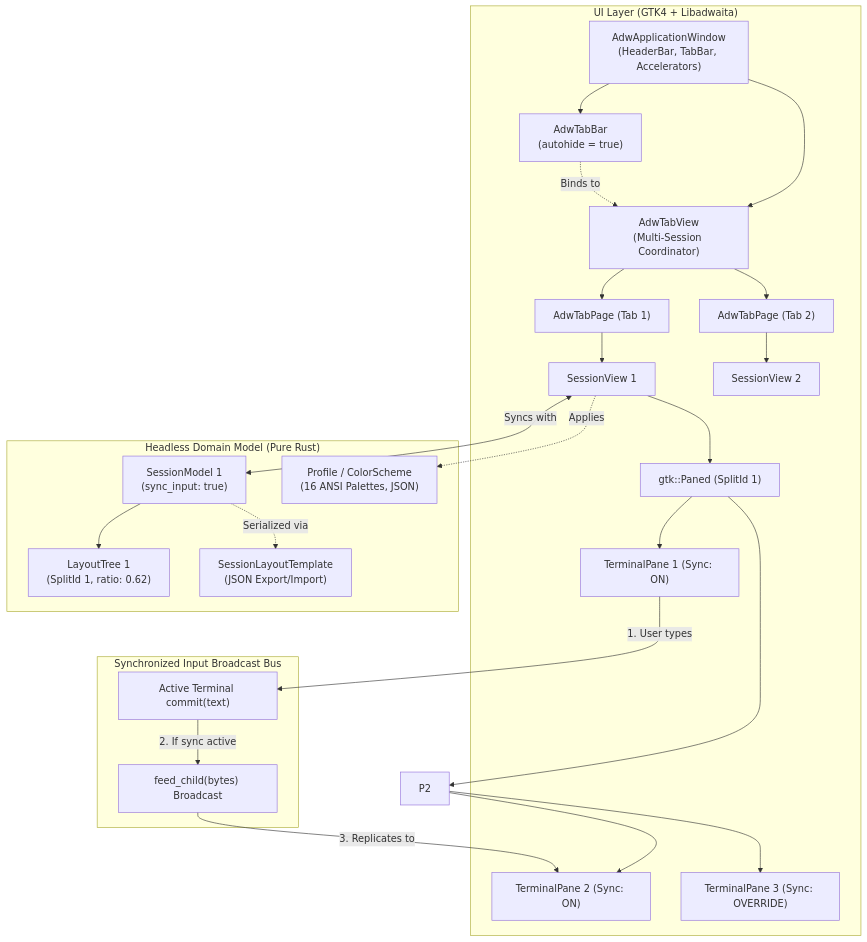
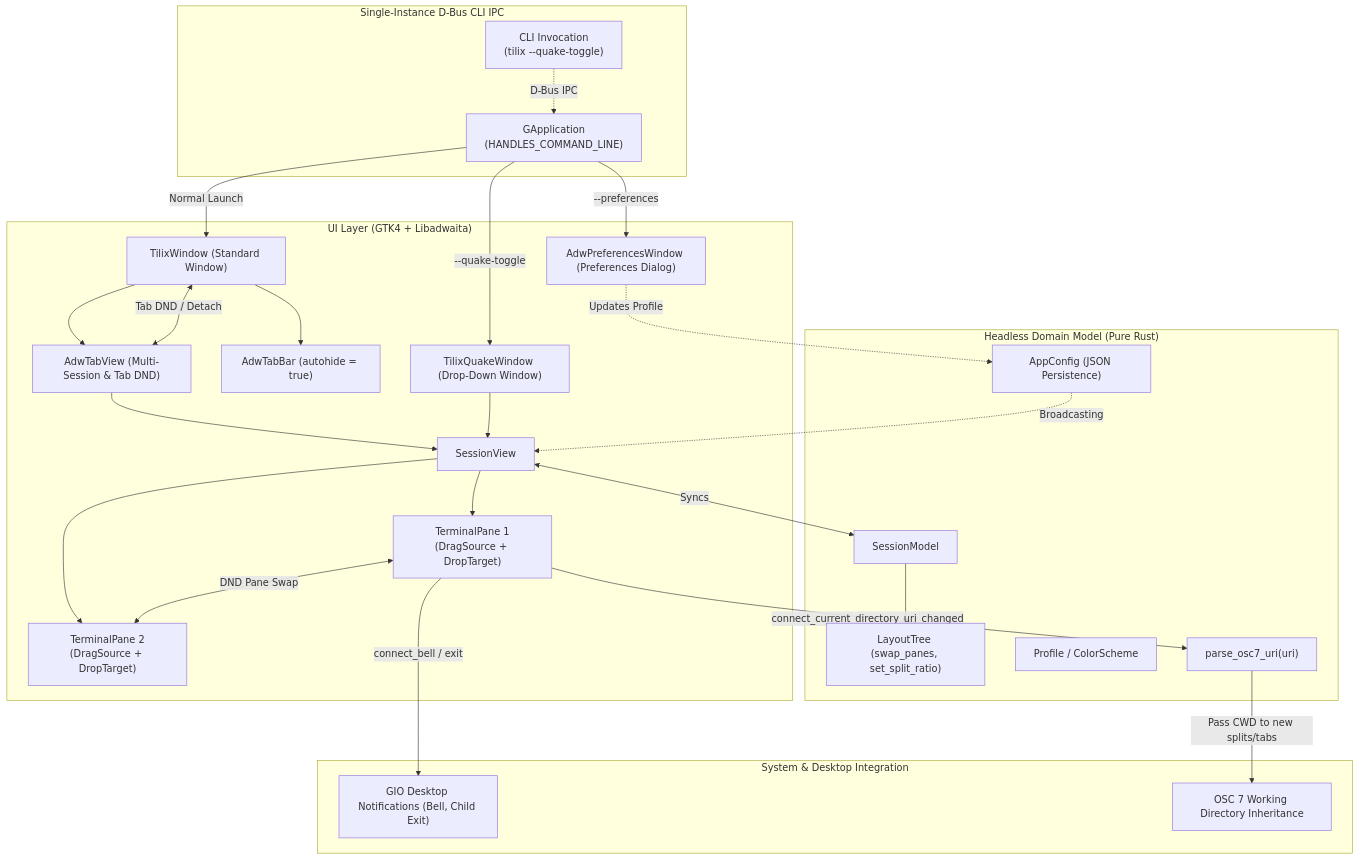
The diagram in docs/architecture/overview.md (tilix-rust/tilix), drawn with Mermaid before and after one commit. The commit also changed other lines of this file and 19 other files, not shown here.

Commit message:
feat: Phase 3 - Wayland Quake dropdown via D-Bus IPC, OSC 7 CWD inheritance, desktop notifications, DND pane swapping, and interactive preferences

````diff
--- a/docs/architecture/overview.md
+++ b/docs/architecture/overview.md
@@ -28,50 +28,53 @@
 ```mermaid
 flowchart TD
+    subgraph IPC_Layer ["Single-Instance D-Bus CLI IPC"]
+        CLI["CLI Invocation<br/>(tilix --quake-toggle)"]
+        GApp["GApplication<br/>(HANDLES_COMMAND_LINE)"]
+        CLI -.->|D-Bus IPC| GApp
+    end
+
     subgraph UI_Layer ["UI Layer (GTK4 + Libadwaita)"]
-        Win["AdwApplicationWindow<br/>(HeaderBar, TabBar, Accelerators)"]
-        TabBar["AdwTabBar<br/>(autohide = true)"]
-        TabView["AdwTabView<br/>(Multi-Session Coordinator)"]
-        Page1["AdwTabPage (Tab 1)"]
-        Page2["AdwTabPage (Tab 2)"]
-        SV1["SessionView 1"]
-        SV2["SessionView 2"]
-        P1["gtk::Paned (SplitId 1)"]
-        TP1["TerminalPane 1 (Sync: ON)"]
-        TP2["TerminalPane 2 (Sync: ON)"]
-        TP3["TerminalPane 3 (Sync: OVERRIDE)"]
+        Win["TilixWindow (Standard Window)"]
+        QuakeWin["TilixQuakeWindow (Drop-Down Window)"]
+        PrefWin["AdwPreferencesWindow (Preferences Dialog)"]
+        TabBar["AdwTabBar (autohide = true)"]
+        TabView["AdwTabView (Multi-Session & Tab DND)"]
+        SV1["SessionView"]
+        TP1["TerminalPane 1<br/>(DragSource + DropTarget)"]
+        TP2["TerminalPane 2<br/>(DragSource + DropTarget)"]
     end
 
     subgraph Domain_Model ["Headless Domain Model (Pure Rust)"]
-        SM1["SessionModel 1<br/>(sync_input: true)"]
-        LT1["LayoutTree 1<br/>(SplitId 1, ratio: 0.62)"]
-        Prof["Profile / ColorScheme<br/>(16 ANSI Palettes, JSON)"]
-        Tmpl["SessionLayoutTemplate<br/>(JSON Export/Import)"]
+        SM["SessionModel"]
+        LT["LayoutTree (swap_panes, set_split_ratio)"]
+        Cfg["AppConfig (JSON Persistence)"]
+        Prof["Profile / ColorScheme"]
+        OSC7["parse_osc7_uri(uri)"]
     end
 
-    subgraph Sync_Bus ["Synchronized Input Broadcast Bus"]
-        CommitHook["Active Terminal commit(text)"]
-        FeedEngine["feed_child(bytes) Broadcast"]
+    subgraph System_Integration ["System & Desktop Integration"]
+        GNotif["GIO Desktop Notifications (Bell, Child Exit)"]
+        CWD["OSC 7 Working Directory Inheritance"]
     end
 
+    GApp -->|Normal Launch| Win
+    GApp -->|--quake-toggle| QuakeWin
+    GApp -->|--preferences| PrefWin
     Win --> TabBar
     Win --> TabView
-    TabBar -.->|Binds to| TabView
-    TabView --> Page1
-    TabView --> Page2
-    Page1 --> SV1
-    Page2 --> SV2
-    SV1 --> P1
-    P1 --> TP1
-    P1 --> P2
-    P2 --> TP2
-    P2 --> TP3
+    TabView <-->|Tab DND / Detach| Win
+    TabView --> SV1
+    QuakeWin --> SV1
+    SV1 --> TP1
+    SV1 --> TP2
 
-    SV1 <-->|Syncs with| SM1
-    SM1 --> LT1
-    SV1 -.->|Applies| Prof
-    SM1 -.->|Serialized via| Tmpl
+    TP1 <-->|DND Pane Swap| TP2
+    SV1 <-->|Syncs| SM
+    SM --> LT
+    PrefWin -.->|Updates Profile| Cfg
+    Cfg -.->|Broadcasting| SV1
 
-    TP1 -->|1. User types| CommitHook
-    CommitHook -->|2. If sync active| FeedEngine
-    FeedEngine -->|3. Replicates to| TP2
+    TP1 -->|connect_current_directory_uri_changed| OSC7
+    OSC7 -->|Pass CWD to new splits/tabs| CWD
+    TP1 -->|connect_bell / exit| GNotif
 ```
````
